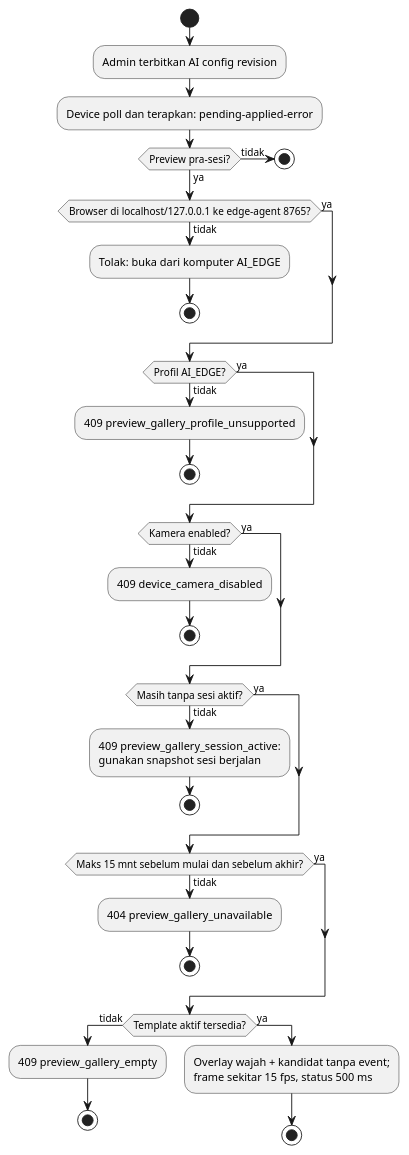
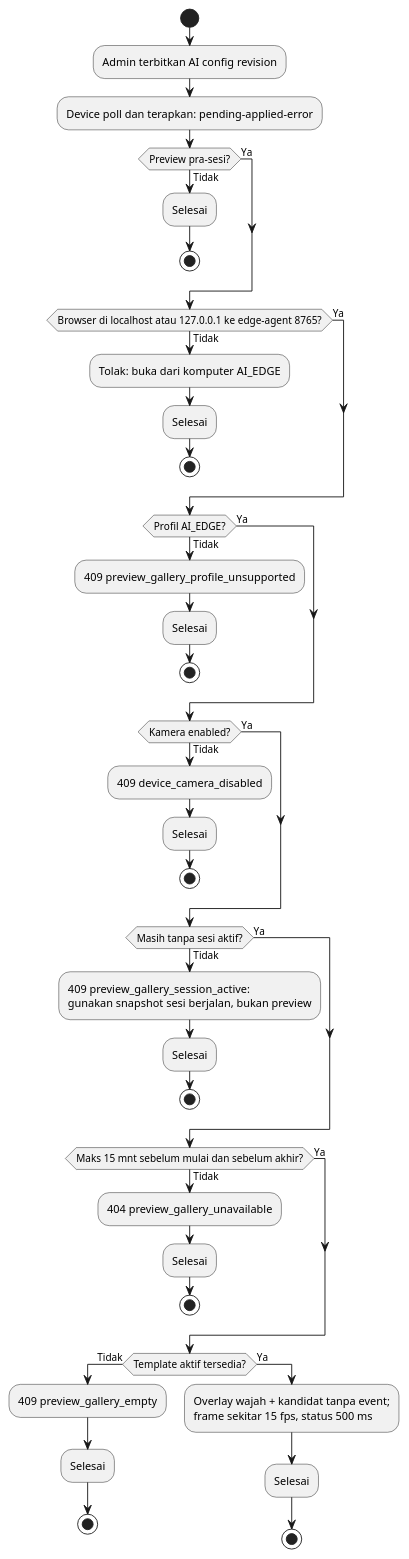
The diagram in docs/diagrams/plantuml/act-f12-preview.puml (mygads/Face-Recognition-Capstone), drawn with PlantUML before and after one commit. The commit also changed 58 other files, not shown here.

First line of the commit message:
Refactor activity diagrams and update flow descriptions

```diff
--- a/docs/diagrams/plantuml/act-f12-preview.puml
+++ b/docs/diagrams/plantuml/act-f12-preview.puml
@@ -1,42 +1,50 @@
 @startuml
 ' Activity F-12 AI config + preview — docs/proposal/05-activity.md §5.12
 start
 :Admin terbitkan AI config revision;
 :Device poll dan terapkan: pending-applied-error;
-if (Preview pra-sesi?) then (tidak)
+if (Preview pra-sesi?) then (Tidak)
+  :Selesai;
   stop
-else (ya)
+else (Ya)
 endif
-if (Browser di localhost/127.0.0.1 ke edge-agent 8765?) then (tidak)
+if (Browser di localhost atau 127.0.0.1 ke edge-agent 8765?) then (Tidak)
   :Tolak: buka dari komputer AI_EDGE;
+  :Selesai;
   stop
-else (ya)
+else (Ya)
 endif
-if (Profil AI_EDGE?) then (tidak)
+if (Profil AI_EDGE?) then (Tidak)
   :409 preview_gallery_profile_unsupported;
+  :Selesai;
   stop
-else (ya)
+else (Ya)
 endif
-if (Kamera enabled?) then (tidak)
+if (Kamera enabled?) then (Tidak)
   :409 device_camera_disabled;
+  :Selesai;
   stop
-else (ya)
+else (Ya)
 endif
-if (Masih tanpa sesi aktif?) then (tidak)
-  :409 preview_gallery_session_active:\ngunakan snapshot sesi berjalan;
+if (Masih tanpa sesi aktif?) then (Tidak)
+  :409 preview_gallery_session_active:\ngunakan snapshot sesi berjalan, bukan preview;
+  :Selesai;
   stop
-else (ya)
+else (Ya)
 endif
-if (Maks 15 mnt sebelum mulai dan sebelum akhir?) then (tidak)
+if (Maks 15 mnt sebelum mulai dan sebelum akhir?) then (Tidak)
   :404 preview_gallery_unavailable;
+  :Selesai;
   stop
-else (ya)
+else (Ya)
 endif
-if (Template aktif tersedia?) then (tidak)
+if (Template aktif tersedia?) then (Tidak)
   :409 preview_gallery_empty;
+  :Selesai;
   stop
-else (ya)
+else (Ya)
   :Overlay wajah + kandidat tanpa event;\nframe sekitar 15 fps, status 500 ms;
+  :Selesai;
   stop
 endif
 @enduml
```
